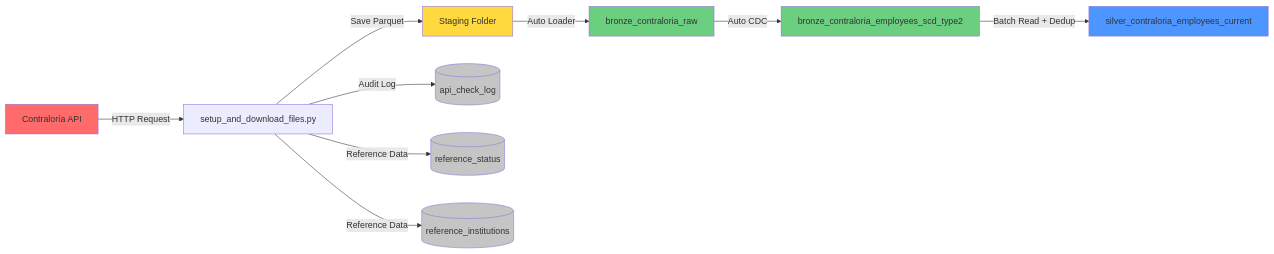
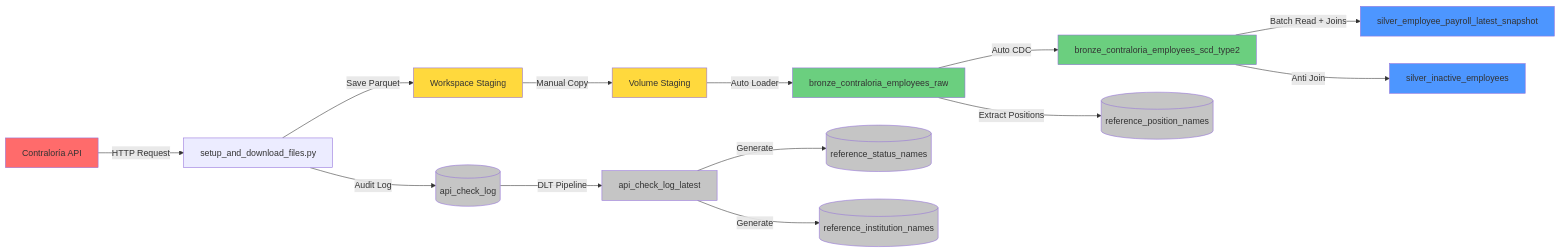
Before and after one commit to jquesada92/contraloria_panama: the diagram in README_EN.md, drawn with Mermaid. The commit also changed other lines of this file and 1 other file, not shown here.

````diff
--- a/README_EN.md
+++ b/README_EN.md
@@ -52,21 +52,29 @@
 ```mermaid
 graph LR
     A[Contraloría API] -->|HTTP Request| B[setup_and_download_files.py]
-    B -->|Save Parquet| C[Staging Folder]
-    C -->|Auto Loader| D[bronze_contraloria_raw]
-    D -->|Auto CDC| E[bronze_contraloria_employees_scd_type2]
-    E -->|Batch Read + Dedup| F[silver_contraloria_employees_current]
+    B -->|Save Parquet| C[Workspace Staging]
+    C -->|Manual Copy| D[Volume Staging]
+    D -->|Auto Loader| E[bronze_contraloria_employees_raw]
+    E -->|Auto CDC| F[bronze_contraloria_employees_scd_type2]
+    F -->|Batch Read + Joins| G[silver_employee_payroll_latest_snapshot]
+    F -->|Anti Join| H[silver_inactive_employees]
     
-    B -->|Audit Log| G[(api_check_log)]
-    B -->|Reference Data| H[(reference_status)]
-    B -->|Reference Data| I[(reference_institutions)]
+    B -->|Audit Log| I[(api_check_log)]
+    I -->|DLT Pipeline| J[api_check_log_latest]
+    J -->|Generate| K[(reference_status_names)]
+    J -->|Generate| L[(reference_institution_names)]
+    E -->|Extract Positions| M[(reference_position_names)]
     
     style A fill:#ff6b6b
     style C fill:#ffd93d
-    style D fill:#6bcf7f
+    style D fill:#ffd93d
     style E fill:#6bcf7f
-    style F fill:#4d96ff
-    style G fill:#c5c5c5
-    style H fill:#c5c5c5
+    style F fill:#6bcf7f
+    style G fill:#4d96ff
+    style H fill:#4d96ff
     style I fill:#c5c5c5
+    style J fill:#c5c5c5
+    style K fill:#c5c5c5
+    style L fill:#c5c5c5
+    style M fill:#c5c5c5
 ```
````
